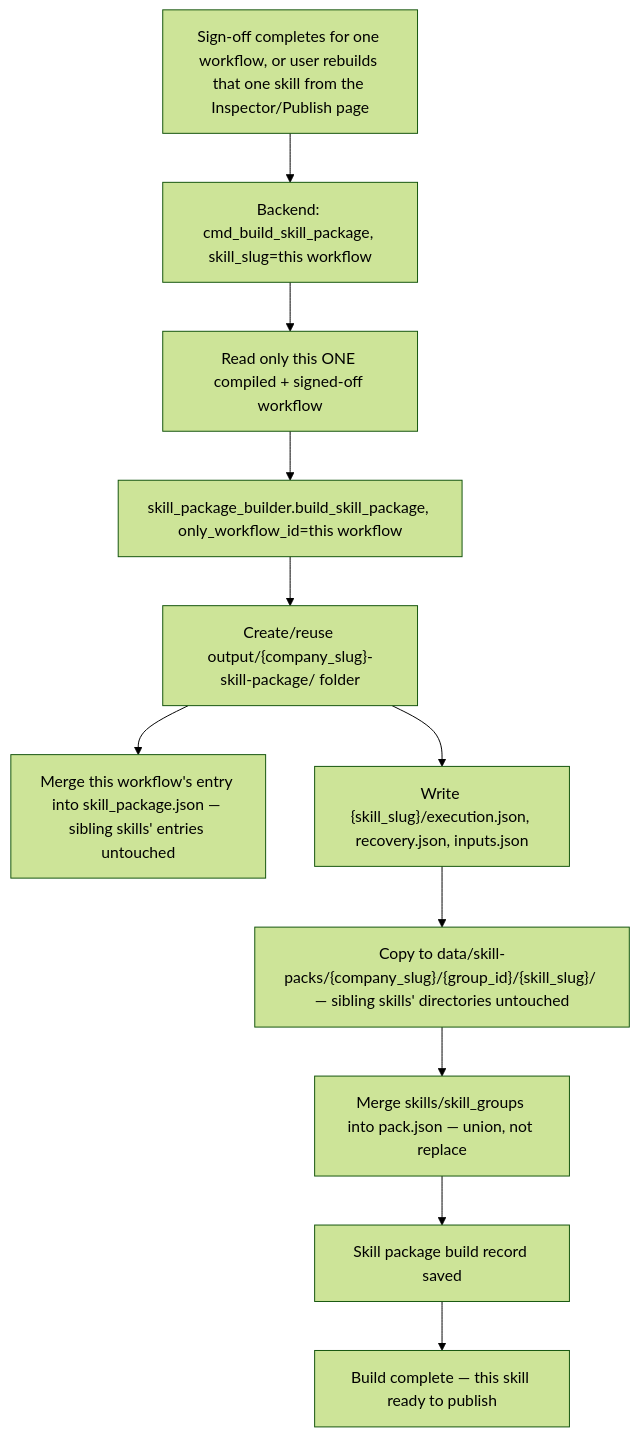
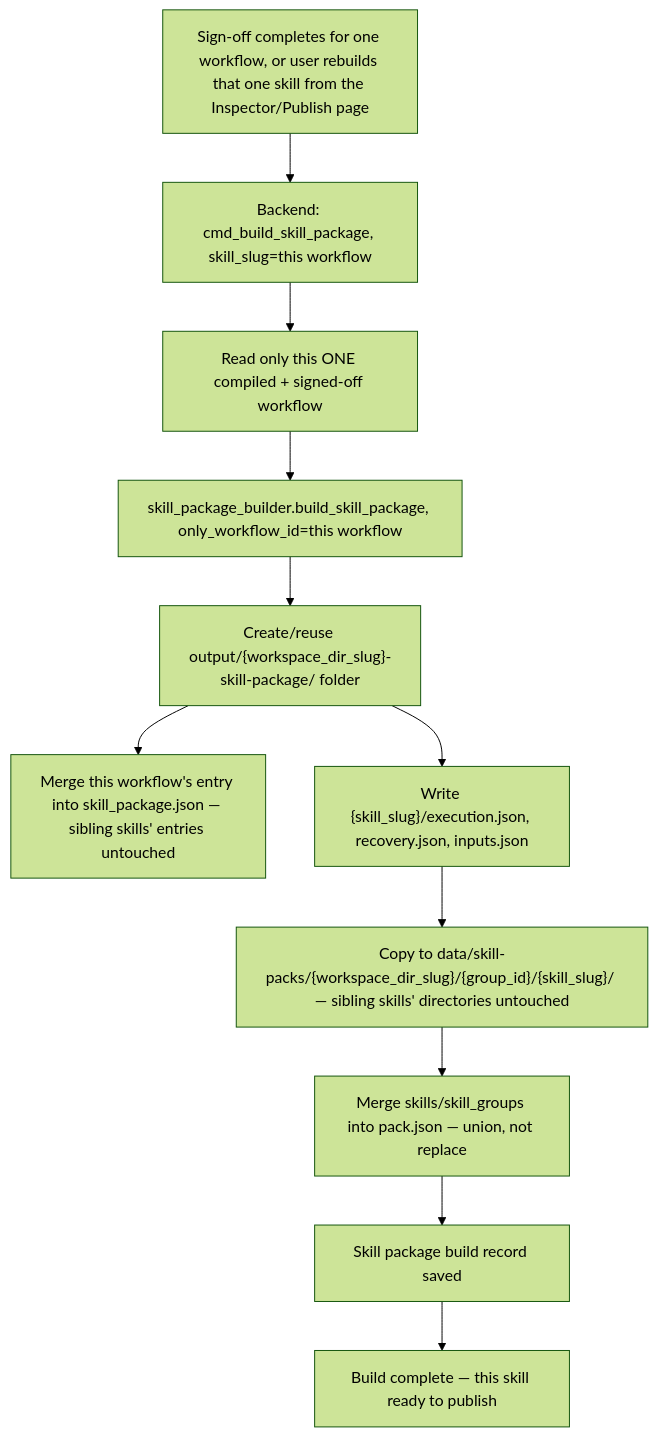
One commit to Cannonbold2412/CONXA changed the eighth of 20 diagrams in docs/App-Flow.md. Above: the diagram before and after it, drawn with Mermaid (forest theme). The commit also changed other lines of this file and 6 other files, not shown here.

First line of the commit message:
docs: reflect the company_slug removal and Studio toolbar changes

````diff
--- a/docs/App-Flow.md
+++ b/docs/App-Flow.md
@@ -330,13 +330,13 @@
 ```mermaid
 flowchart TD
     A[Sign-off completes for one workflow, or user rebuilds that one skill from the Inspector/Publish page] --> B[Backend: cmd_build_skill_package, skill_slug=this workflow]
     B --> C[Read only this ONE compiled + signed-off workflow]
     C --> D[skill_package_builder.build_skill_package, only_workflow_id=this workflow]
-    D --> E["Create/reuse output/{company_slug}-skill-package/ folder"]
+    D --> E["Create/reuse output/{workspace_dir_slug}-skill-package/ folder"]
     E --> F[Merge this workflow's entry into skill_package.json — sibling skills' entries untouched]
     E --> I["Write {skill_slug}/execution.json, recovery.json, inputs.json"]
-    I --> M["Copy to data/skill-packs/{company_slug}/{group_id}/{skill_slug}/ — sibling skills' directories untouched"]
+    I --> M["Copy to data/skill-packs/{workspace_dir_slug}/{group_id}/{skill_slug}/ — sibling skills' directories untouched"]
     M --> N[Merge skills/skill_groups into pack.json — union, not replace]
     N --> O[Skill package build record saved]
     O --> P[Build complete — this skill ready to publish]
 ```
````
